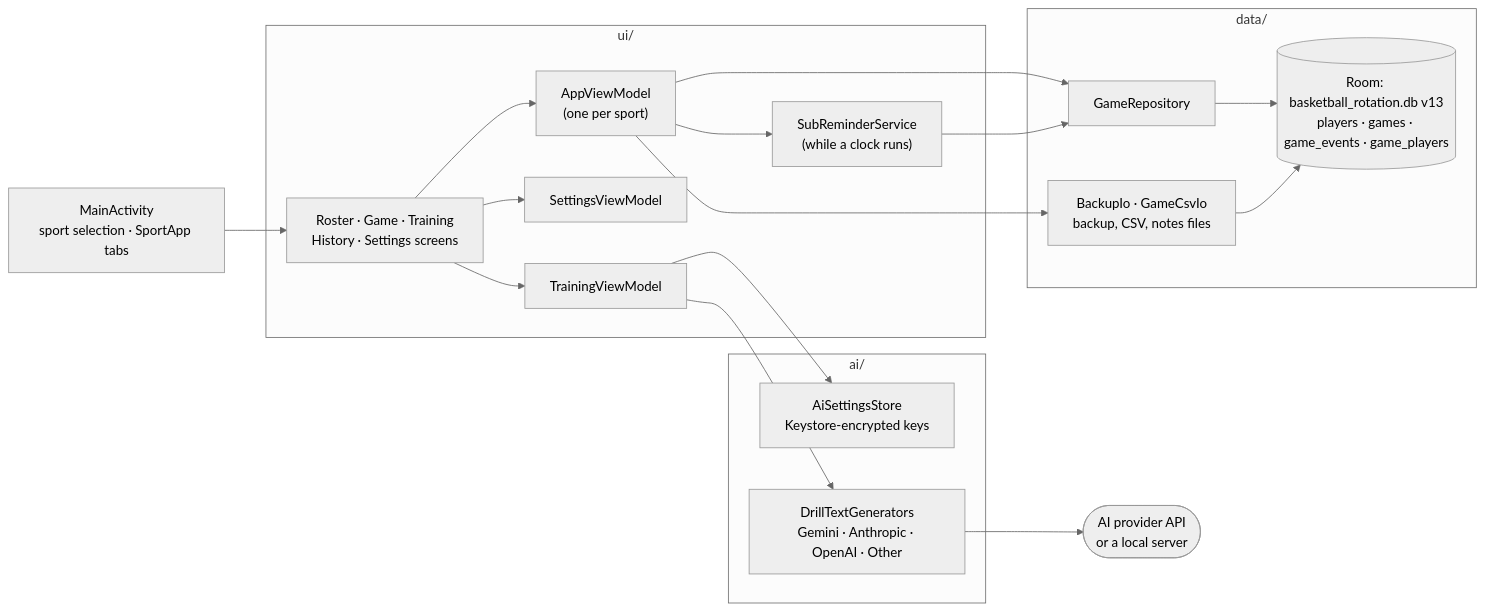
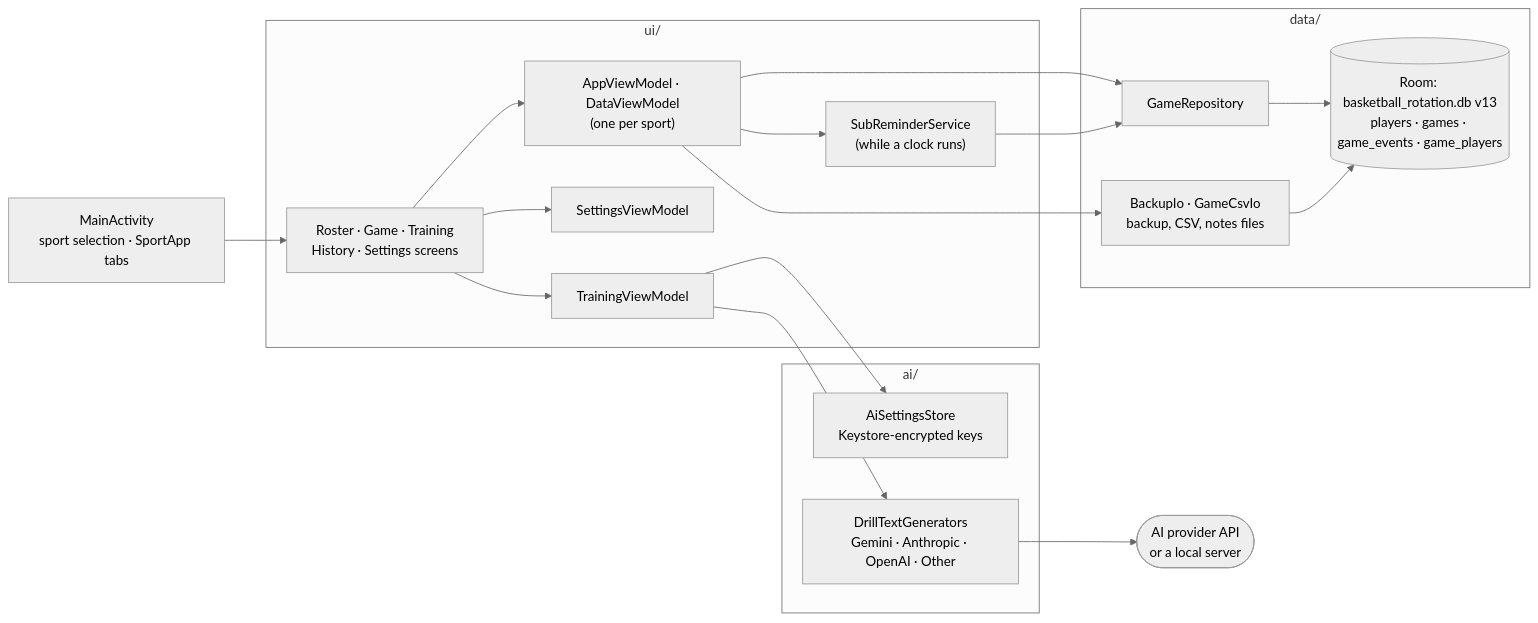
Before and after one commit to lukecarnold-jpg/Coaches-Assistant: the diagram in STRUCTURE.md, drawn with Mermaid (neutral theme). The commit also changed other lines of this file and 4 other files, not shown here.

First line of the commit message:
Split backup, files, and data clearing into a DataViewModel

````diff
--- a/STRUCTURE.md
+++ b/STRUCTURE.md
@@ -231,37 +232,37 @@
 ```mermaid
 flowchart LR
     MainActivity["MainActivity<br/>sport selection · SportApp tabs"]
 
     subgraph ui["ui/"]
         Screens["Roster · Game · Training<br/>History · Settings screens"]
-        AppVM["AppViewModel<br/>(one per sport)"]
+        AppVM["AppViewModel · DataViewModel<br/>(one per sport)"]
         SettingsVM["SettingsViewModel"]
         TrainingVM["TrainingViewModel"]
         SubService["SubReminderService<br/>(while a clock runs)"]
     end
 
     subgraph data["data/"]
         Repo["GameRepository"]
         Files["BackupIo · GameCsvIo<br/>backup, CSV, notes files"]
         Room[("Room: basketball_rotation.db v13<br/>players · games · game_events · game_players")]
     end
 
     subgraph ai["ai/"]
         Settings["AiSettingsStore<br/>Keystore-encrypted keys"]
         Generators["DrillTextGenerators<br/>Gemini · Anthropic · OpenAI · Other"]
     end
 
     MainActivity --> Screens
     Screens --> AppVM
     Screens --> TrainingVM
     Screens --> SettingsVM
     AppVM --> Repo
     AppVM --> Files
     AppVM --> SubService
     SubService --> Repo
     Repo --> Room
     Files --> Room
     TrainingVM --> Settings
     TrainingVM --> Generators
     Generators --> Providers(["AI provider API<br/>or a local server"])
 ```
````
